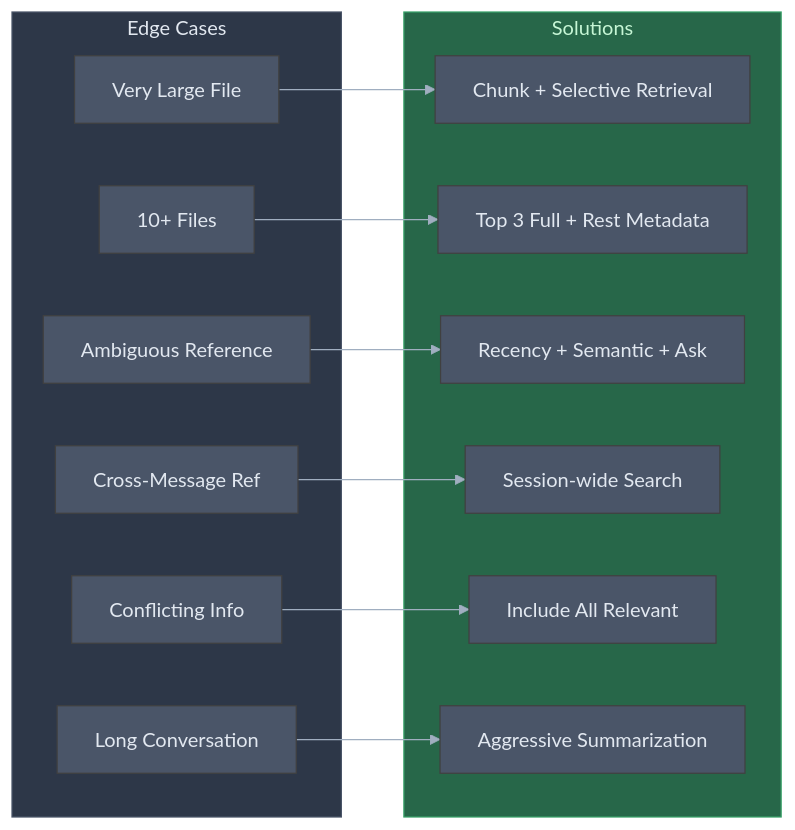
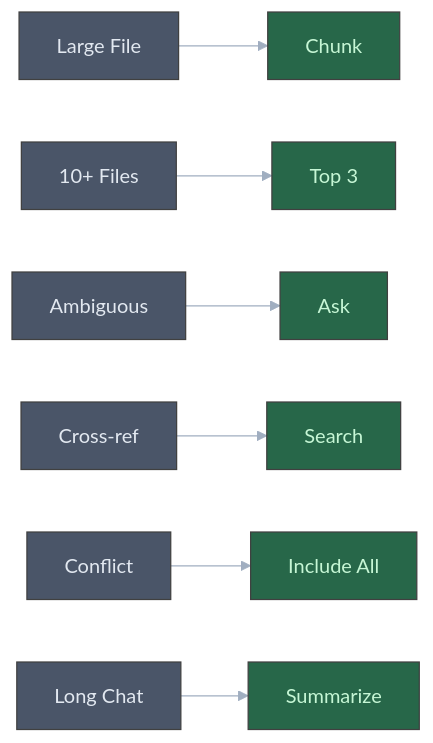
Diagram 15 of 17 in chat_context/chat_context.md (manumishra-zm/execution_plan), drawn with Mermaid before and after one commit. The commit also changed other lines of this file, not shown here.

````diff
--- a/chat_context/chat_context.md
+++ b/chat_context/chat_context.md
@@ -841,31 +547,16 @@
 ```mermaid
 %%{init: {'theme': 'base', 'themeVariables': { 'primaryColor': '#4a5568', 'primaryTextColor': '#e2e8f0', 'lineColor': '#a0aec0'}}}%%
 flowchart LR
-    subgraph Cases["Edge Cases"]
-        C1[Very Large File]
-        C2[10+ Files]
-        C3[Ambiguous Reference]
-        C4[Cross-Message Ref]
-        C5[Conflicting Info]
-        C6[Long Conversation]
-    end
-
-    subgraph Solutions["Solutions"]
-        S1[Chunk + Selective Retrieval]
-        S2[Top 3 Full + Rest Metadata]
-        S3[Recency + Semantic + Ask]
-        S4[Session-wide Search]
-        S5[Include All Relevant]
-        S6[Aggressive Summarization]
-    end
-
-    C1 --> S1
-    C2 --> S2
-    C3 --> S3
-    C4 --> S4
-    C5 --> S5
-    C6 --> S6
-
-    style Cases fill:#2d3748,color:#e2e8f0,stroke:#4a5568
-    style Solutions fill:#276749,color:#c6f6d5,stroke:#38a169
+    C1[Large File] --> S1[Chunk]
+    C2[10+ Files] --> S2[Top 3]
+    C3[Ambiguous] --> S3[Ask]
+    C4[Cross-ref] --> S4[Search]
+    C5[Conflict] --> S5[Include All]
+    C6[Long Chat] --> S6[Summarize]
+    style S1 fill:#276749,color:#c6f6d5
+    style S2 fill:#276749,color:#c6f6d5
+    style S3 fill:#276749,color:#c6f6d5
+    style S4 fill:#276749,color:#c6f6d5
+    style S5 fill:#276749,color:#c6f6d5
+    style S6 fill:#276749,color:#c6f6d5
 ```
````
